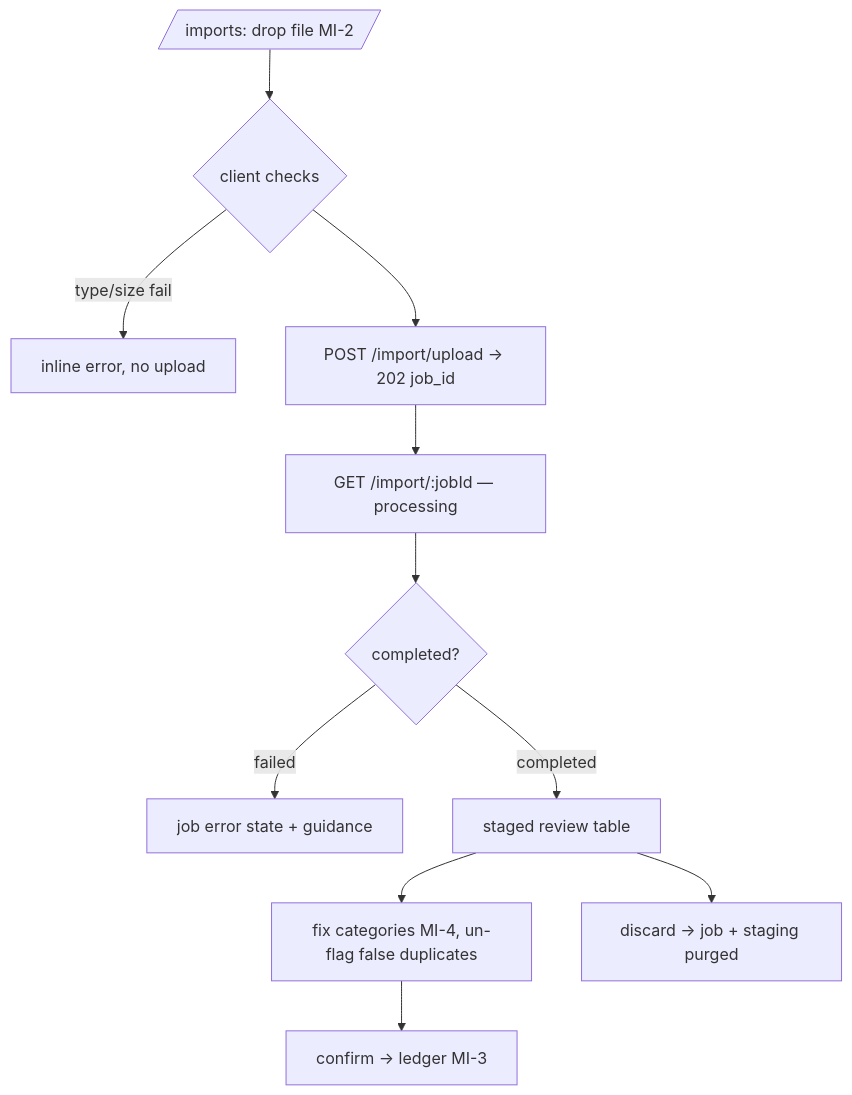
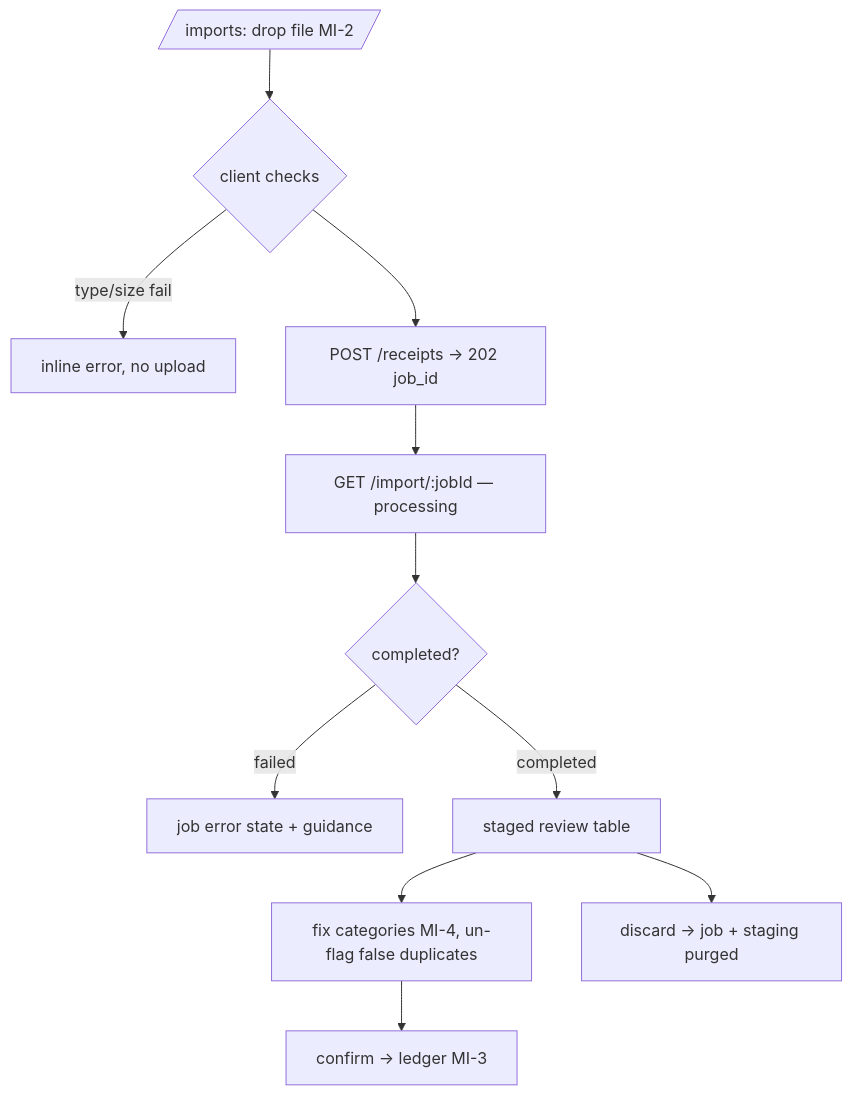
One commit to cuesoftinc/expendit changed the diagram in docs/flows/import.md. Above: the diagram before and after it, drawn with Mermaid. The commit also changed other lines of this file and 68 other files, not shown here.

````diff
--- a/docs/flows/import.md
+++ b/docs/flows/import.md
@@ -11,13 +13,13 @@
 ```mermaid
 flowchart TD
     UP[/imports: drop file MI-2/] --> VAL{client checks}
     VAL -->|type/size fail| E0[inline error, no upload]
-    VAL --> POST[POST /import/upload → 202 job_id]
+    VAL --> POST[POST /receipts → 202 job_id]
     POST --> POLL[GET /import/:jobId — processing]
     POLL --> DONE{completed?}
     DONE -->|failed| FAIL[job error state + guidance]
     DONE -->|completed| REVIEW[staged review table]
     REVIEW --> FIX[fix categories MI-4, un-flag false duplicates]
     FIX --> CONFIRM[confirm → ledger MI-3]
     REVIEW --> DISCARD[discard → job + staging purged]
 ```
````
